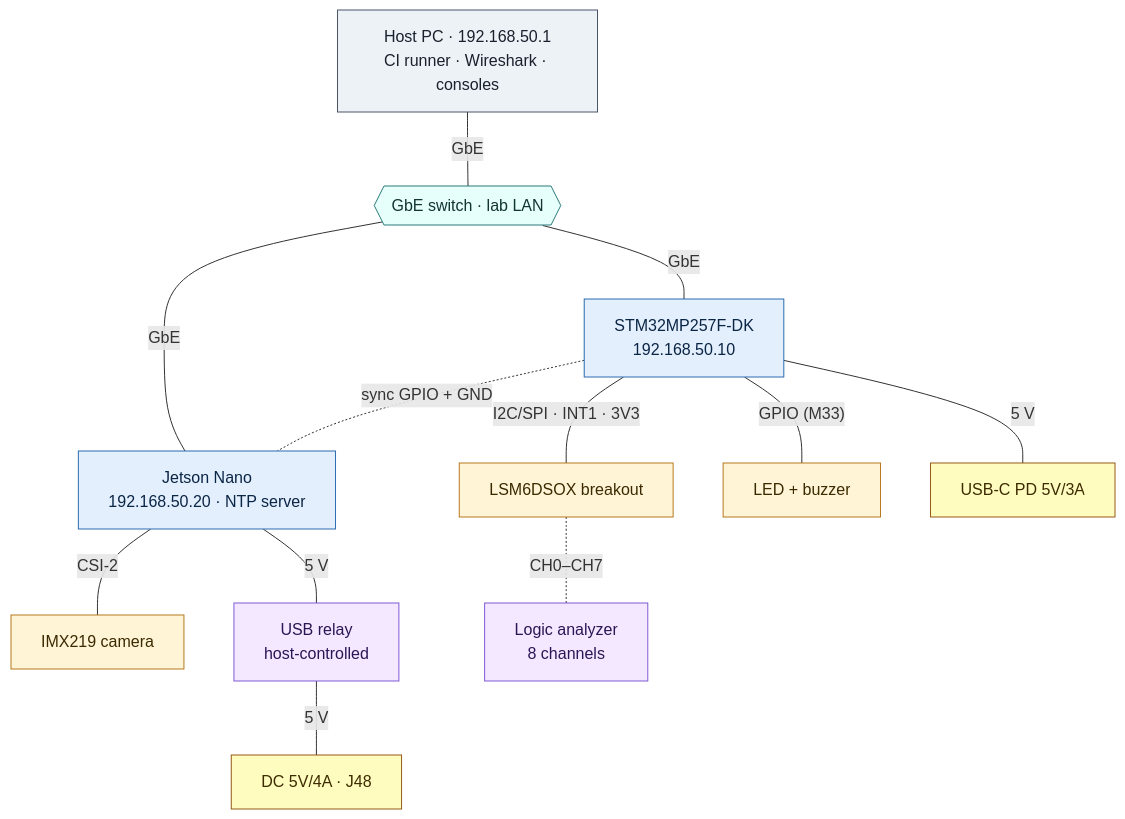
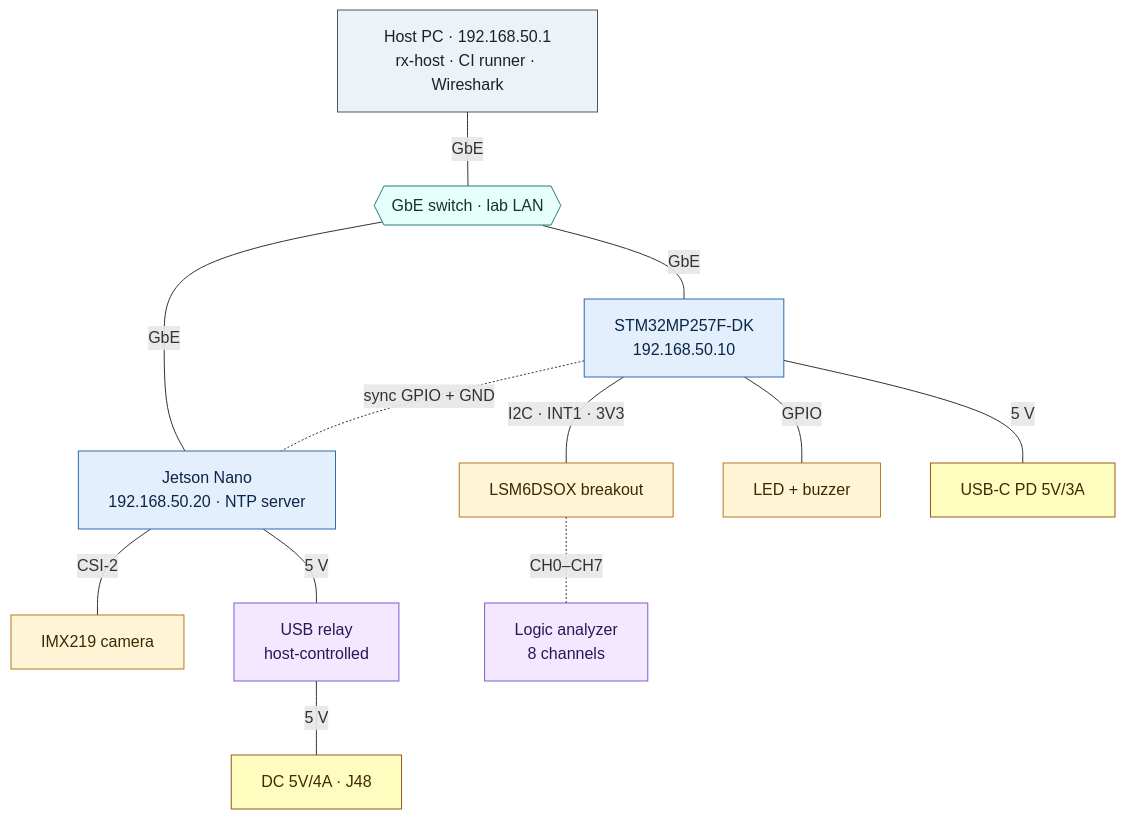
One commit to KaithanNguyen/embedded-linux-roadmap changed the third of 7 diagrams in projects/stm32mp257f-dk_jetson-nano/README.md. Above: the diagram before and after it, drawn with Mermaid. The commit also changed other lines of this file and 28 other files, not shown here.

````diff
--- a/projects/stm32mp257f-dk_jetson-nano/README.md
+++ b/projects/stm32mp257f-dk_jetson-nano/README.md
@@ -88,33 +124,33 @@
 ```mermaid
 flowchart TB
-  HOSTP["Host PC · 192.168.50.1<br/>CI runner · Wireshark · consoles"]:::ext
+  HOSTP["Host PC · 192.168.50.1<br/>rx-host · CI runner · Wireshark"]:::ext
   SW{{"GbE switch · lab LAN"}}:::net
   MP2P["STM32MP257F-DK<br/>192.168.50.10"]:::board
   JNP["Jetson Nano<br/>192.168.50.20 · NTP server"]:::board
   IMUP["LSM6DSOX breakout"]:::hw
   LEDP["LED + buzzer"]:::hw
   PSU1["USB-C PD 5V/3A"]:::pwr
   CAMP["IMX219 camera"]:::hw
   RELAY["USB relay<br/>host-controlled"]:::tool
   PSU2["DC 5V/4A · J48"]:::pwr
   LA["Logic analyzer<br/>8 channels"]:::tool
 
   HOSTP ---|"GbE"| SW
   SW ---|"GbE"| MP2P
   SW ---|"GbE"| JNP
   MP2P -.-|"sync GPIO + GND"| JNP
-  MP2P ---|"I2C/SPI · INT1 · 3V3"| IMUP
-  MP2P ---|"GPIO (M33)"| LEDP
+  MP2P ---|"I2C · INT1 · 3V3"| IMUP
+  MP2P ---|"GPIO"| LEDP
   MP2P ---|"5 V"| PSU1
   JNP ---|"CSI-2"| CAMP
   JNP ---|"5 V"| RELAY
   RELAY ---|"5 V"| PSU2
   IMUP -.-|"CH0–CH7"| LA
 
   classDef board fill:#e3effd,stroke:#2b6cb0,color:#0b2545
   classDef hw fill:#fff4d6,stroke:#b7791f,color:#3b2a00
   classDef net fill:#e6fffa,stroke:#2c7a7b,color:#123534
   classDef pwr fill:#fefcbf,stroke:#975a16,color:#3d2b00
   classDef tool fill:#f3e8ff,stroke:#805ad5,color:#2a1655
   classDef ext fill:#edf2f7,stroke:#4a5568,color:#1a202c
 ```
````
